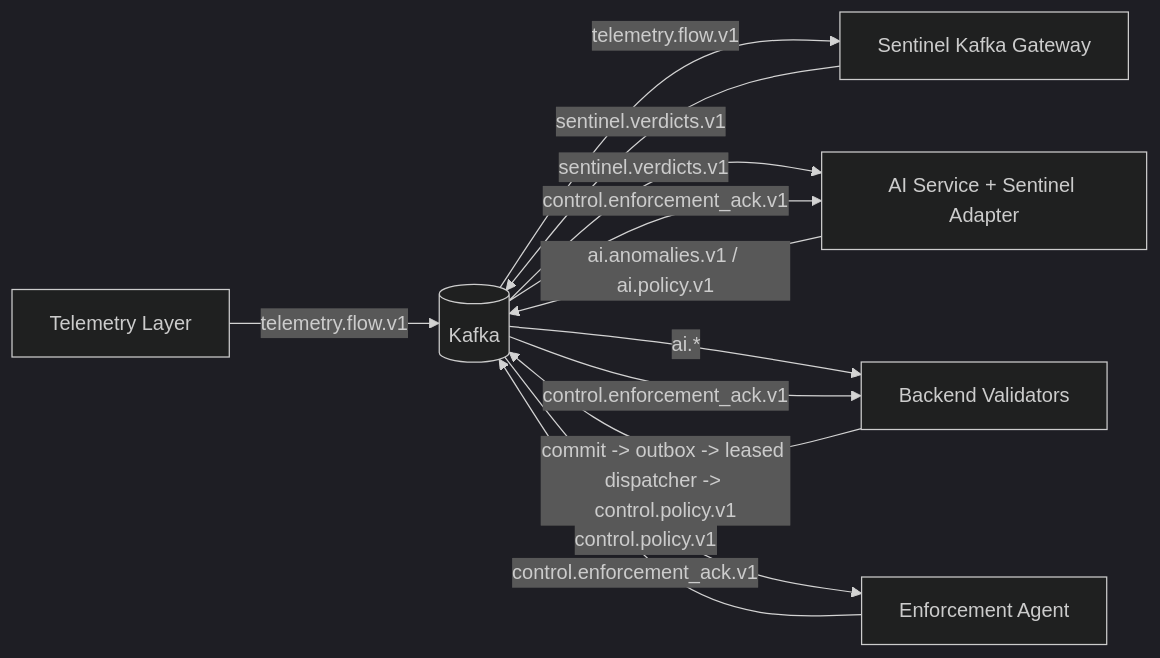
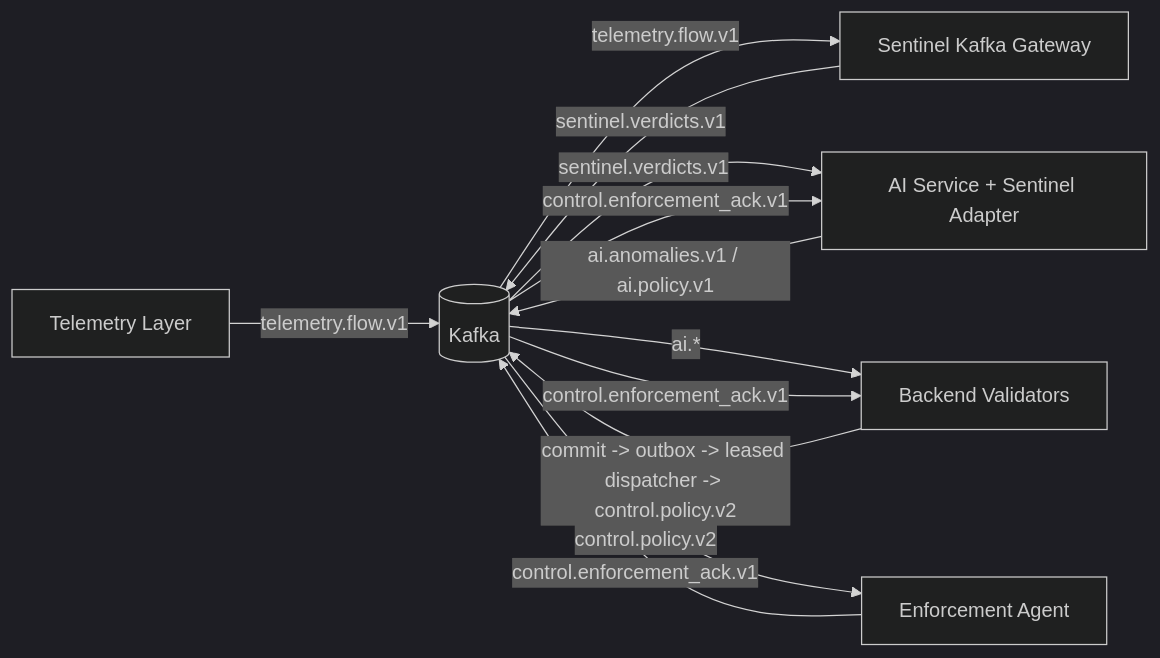
The first of 3 diagrams in docs/architecture/13_sentinel_integration.md (EveShark/CyberMesh), drawn with Mermaid (dark theme) before and after one commit. The commit also changed other lines of this file and 35 other files, not shown here.

Commit message:
Migrate control policy runtime and signing to v2

````diff
--- a/docs/architecture/13_sentinel_integration.md
+++ b/docs/architecture/13_sentinel_integration.md
@@ -44,21 +44,21 @@
 ```mermaid
 graph LR
     TL[Telemetry Layer]
     Kafka[(Kafka)]
     S[Sentinel Kafka Gateway]
     AI[AI Service + Sentinel Adapter]
     BE[Backend Validators]
     EA[Enforcement Agent]
 
     TL -->|telemetry.flow.v1| Kafka
     Kafka -->|telemetry.flow.v1| S
     S -->|sentinel.verdicts.v1| Kafka
     Kafka -->|sentinel.verdicts.v1| AI
     AI -->|ai.anomalies.v1 / ai.policy.v1| Kafka
     Kafka -->|ai.*| BE
-    BE -->|commit -> outbox -> leased dispatcher -> control.policy.v1| Kafka
-    Kafka -->|control.policy.v1| EA
+    BE -->|commit -> outbox -> leased dispatcher -> control.policy.v2| Kafka
+    Kafka -->|control.policy.v2| EA
     EA -->|control.enforcement_ack.v1| Kafka
     Kafka -->|control.enforcement_ack.v1| BE
     Kafka -->|control.enforcement_ack.v1| AI
 ```
````
